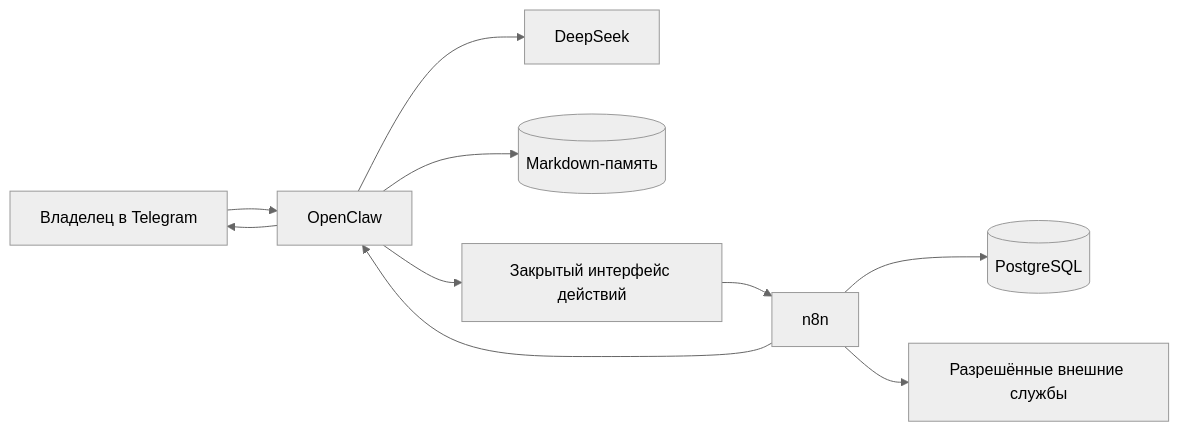
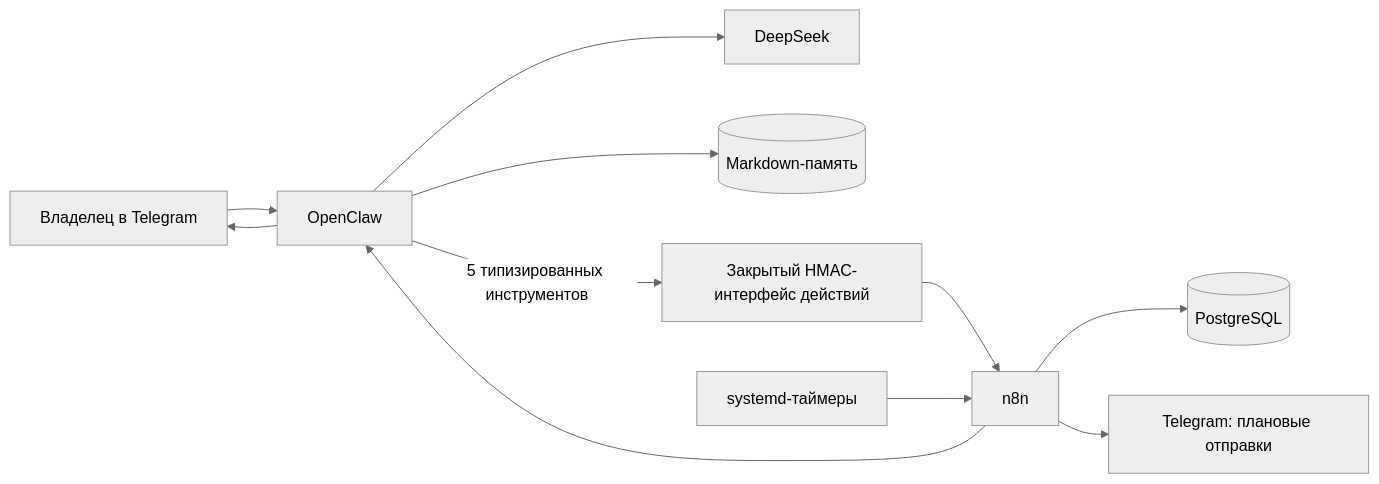
The diagram in 02_Знания/Пакеты_контекста/N8NAgents/OpenClaw/Архитектура_OpenClaw_n8n_TARGET_2026-08-30.md (DmtrGoltsev/ObsidianVault), drawn with Mermaid (neutral theme) before and after one commit. The commit also changed other lines of this file and 14 other files, not shown here.

````diff
--- a/02_Знания/Пакеты_контекста/N8NAgents/OpenClaw/Архитектура_OpenClaw_n8n_TARGET_2026-08-30.md
+++ b/02_Знания/Пакеты_контекста/N8NAgents/OpenClaw/Архитектура_OpenClaw_n8n_TARGET_2026-08-30.md
@@ -23,12 +23,13 @@
 ```mermaid
 flowchart LR
     U[Владелец в Telegram] --> O[OpenClaw]
     O --> D[DeepSeek]
     O --> M[(Markdown-память)]
-    O --> A[Закрытый интерфейс действий]
+    O -->|5 типизированных инструментов| A[Закрытый HMAC-интерфейс действий]
     A --> N[n8n]
     N --> P[(PostgreSQL)]
-    N --> X[Разрешённые внешние службы]
+    S[systemd-таймеры] --> N
+    N --> X[Telegram: плановые отправки]
     N --> O
     O --> U
 ```
````
